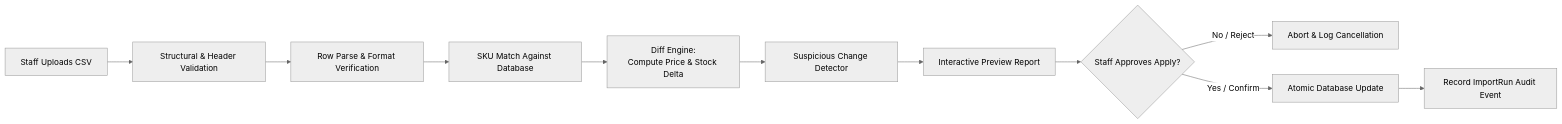
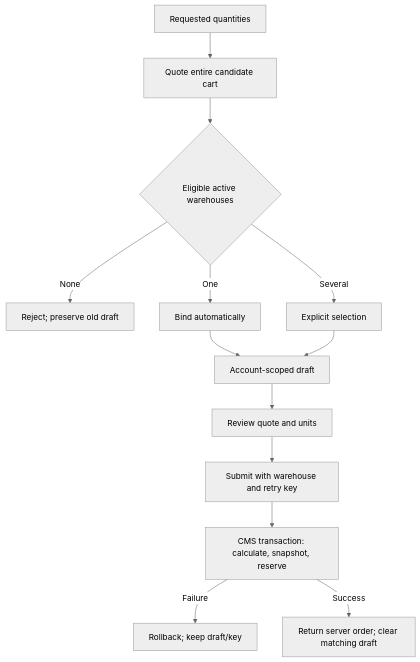
One commit to gecut/persianpartshop.ir changed the first of 2 diagrams in docs/03-system-flows.md. Above: the diagram before and after it, drawn with Mermaid (neutral theme). The commit also changed other lines of this file and 15 other files, not shown here.

````diff
--- a/docs/03-system-flows.md
+++ b/docs/03-system-flows.md
@@ -173,13 +15,15 @@
 ```mermaid
-flowchart LR
-    A[Staff Uploads CSV] --> B[Structural & Header Validation]
-    B --> C[Row Parse & Format Verification]
-    C --> D[SKU Match Against Database]
-    D --> E[Diff Engine:<br/>Compute Price & Stock Delta]
-    E --> F[Suspicious Change Detector]
-    F --> G[Interactive Preview Report]
-    G --> H{Staff Approves Apply?}
-    H -- No / Reject --> I[Abort & Log Cancellation]
-    H -- Yes / Confirm --> J[Atomic Database Update]
-    J --> K[Record ImportRun Audit Event]
+flowchart TD
+    A[Requested quantities] --> B[Quote entire candidate cart]
+    B --> C{Eligible active warehouses}
+    C -->|None| D[Reject; preserve old draft]
+    C -->|One| E[Bind automatically]
+    C -->|Several| F[Explicit selection]
+    E --> G[Account-scoped draft]
+    F --> G
+    G --> H[Review quote and units]
+    H --> I[Submit with warehouse and retry key]
+    I --> J[CMS transaction: calculate, snapshot, reserve]
+    J -->|Failure| K[Rollback; keep draft/key]
+    J -->|Success| L[Return server order; clear matching draft]
 ```
````
